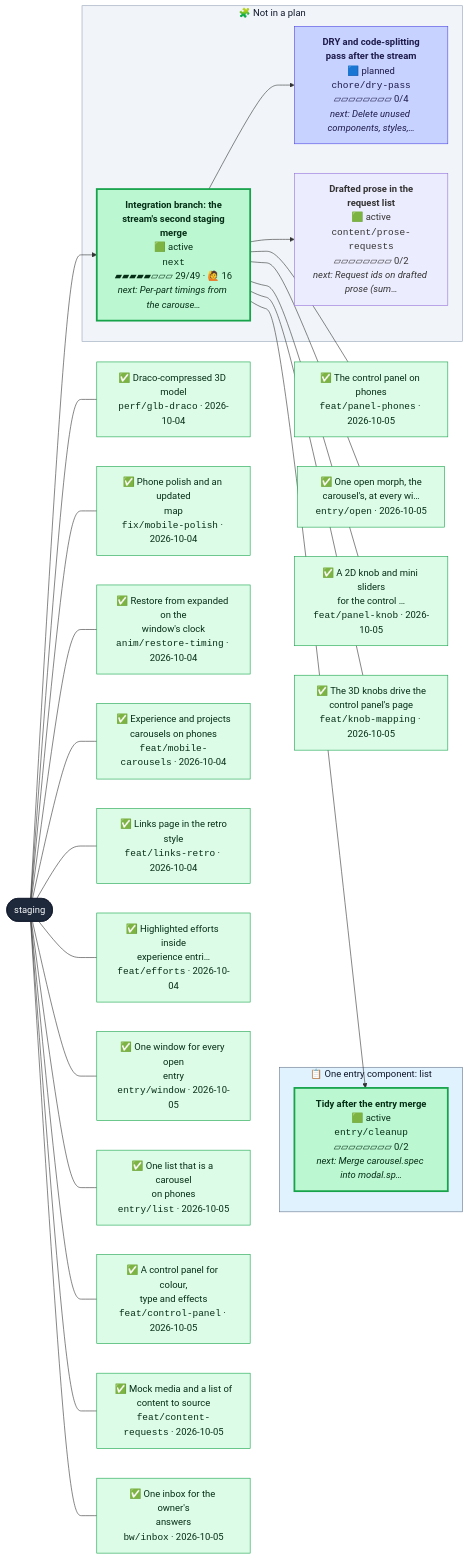
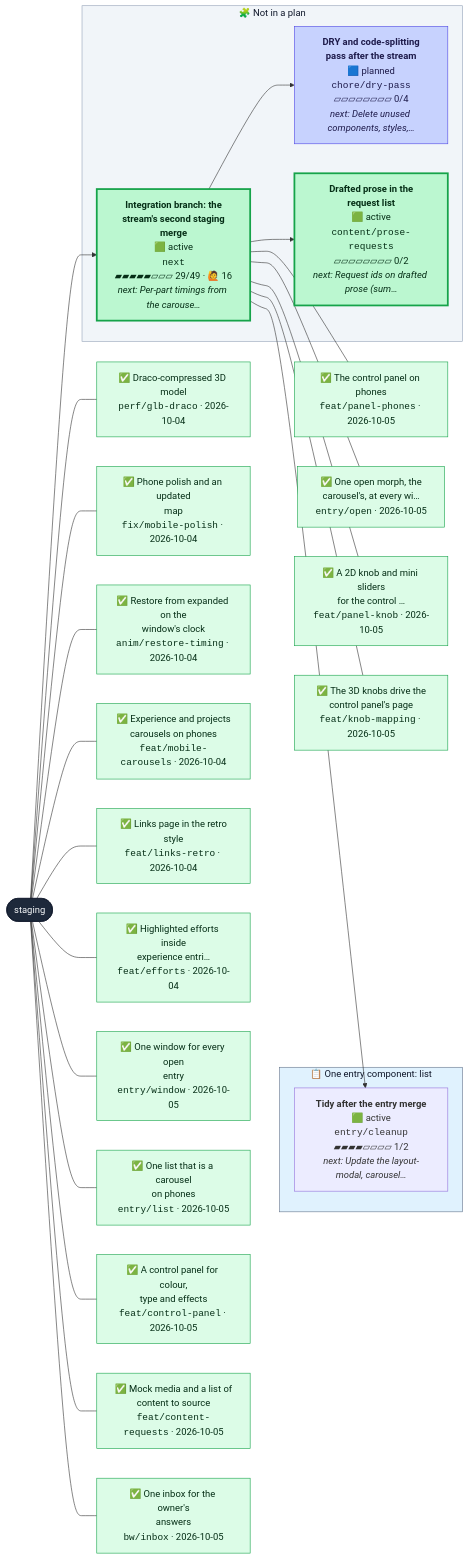
One commit to henryjonescodes/portfolio changed the second of 2 diagrams in CONTRIBUTING.md. Above: the diagram before and after it, drawn with Mermaid. The commit also changed other lines of this file and 3 other files, not shown here.

````diff
--- a/CONTRIBUTING.md
+++ b/CONTRIBUTING.md
@@ -75,77 +72,77 @@
 ```mermaid
 flowchart LR
   n_staging([staging])
   class n_staging trunk
   subgraph plan_0["📋 One entry component: list"]
-    n_entry_cleanup["<b>Tidy after the entry merge</b><br/>🟩 active<br/><code>entry/cleanup</code><br/>▱▱▱▱▱▱▱▱ 0/2<br/><i>next: Merge carousel.spec into modal.sp…</i>"]
-    class n_entry_cleanup active
+    n_entry_cleanup["<b>Tidy after the entry merge</b><br/>🟩 active<br/><code>entry/cleanup</code><br/>▰▰▰▰▱▱▱▱ 1/2<br/><i>next: Update the layout-modal, carousel…</i>"]
+    class n_entry_cleanup active,current
   end
   style plan_0 fill:#e0f2fe,stroke:#64748b,color:#0f172a
   subgraph loose["🧩 Not in a plan"]
     n_chore_dry_pass["<b>DRY and code-splitting<br/>pass after the stream</b><br/>🟦 planned<br/><code>chore/dry-pass</code><br/>▱▱▱▱▱▱▱▱ 0/4<br/><i>next: Delete unused components, styles,…</i>"]
     class n_chore_dry_pass planned
     n_content_prose_requests["<b>Drafted prose in the<br/>request list</b><br/>🟩 active<br/><code>content/prose-requests</code><br/>▱▱▱▱▱▱▱▱ 0/2<br/><i>next: Request ids on drafted prose (sum…</i>"]
-    class n_content_prose_requests active,current
+    class n_content_prose_requests active
     n_next["<b>Integration branch: the<br/>stream's second staging<br/>merge</b><br/>🟩 active<br/><code>next</code><br/>▰▰▰▰▰▱▱▱ 29/49 · 🙋 16<br/><i>next: Per-part timings from the carouse…</i>"]
     class n_next active
   end
   style loose fill:#f1f5f9,stroke:#94a3b8,color:#0f172a
   n_next --> n_chore_dry_pass
   n_next --> n_content_prose_requests
   n_next --> n_entry_cleanup
   n_staging --> n_next
   landed_0["✅ Draco-compressed 3D model<br/><code>perf/glb-draco</code> · 2026-10-04"]
   class landed_0 merged
   n_staging --- landed_0
   landed_1["✅ Phone polish and an updated<br/>map<br/><code>fix/mobile-polish</code> · 2026-10-04"]
   class landed_1 merged
   n_staging --- landed_1
   landed_2["✅ Restore from expanded on the<br/>window's clock<br/><code>anim/restore-timing</code> · 2026-10-04"]
   class landed_2 merged
   n_staging --- landed_2
   landed_3["✅ Experience and projects<br/>carousels on phones<br/><code>feat/mobile-carousels</code> · 2026-10-04"]
   class landed_3 merged
   n_staging --- landed_3
   landed_4["✅ Links page in the retro<br/>style<br/><code>feat/links-retro</code> · 2026-10-04"]
   class landed_4 merged
   n_staging --- landed_4
   landed_5["✅ Highlighted efforts inside<br/>experience entri…<br/><code>feat/efforts</code> · 2026-10-04"]
   class landed_5 merged
   n_staging --- landed_5
   landed_6["✅ One window for every open<br/>entry<br/><code>entry/window</code> · 2026-10-05"]
   class landed_6 merged
   n_staging --- landed_6
   landed_7["✅ One list that is a carousel<br/>on phones<br/><code>entry/list</code> · 2026-10-05"]
   class landed_7 merged
   n_staging --- landed_7
   landed_8["✅ A control panel for colour,<br/>type and effects<br/><code>feat/control-panel</code> · 2026-10-05"]
   class landed_8 merged
   n_staging --- landed_8
   landed_9["✅ Mock media and a list of<br/>content to source<br/><code>feat/content-requests</code> · 2026-10-05"]
   class landed_9 merged
   n_staging --- landed_9
   landed_10["✅ One inbox for the owner's<br/>answers<br/><code>bw/inbox</code> · 2026-10-05"]
   class landed_10 merged
   n_staging --- landed_10
   landed_11["✅ The control panel on phones<br/><code>feat/panel-phones</code> · 2026-10-05"]
   class landed_11 merged
   n_next --- landed_11
   landed_12["✅ One open morph, the<br/>carousel's, at every wi…<br/><code>entry/open</code> · 2026-10-05"]
   class landed_12 merged
   n_next --- landed_12
   landed_13["✅ A 2D knob and mini sliders<br/>for the control …<br/><code>feat/panel-knob</code> · 2026-10-05"]
   class landed_13 merged
   n_next --- landed_13
   landed_14["✅ The 3D knobs drive the<br/>control panel's page<br/><code>feat/knob-mapping</code> · 2026-10-05"]
   class landed_14 merged
   n_next --- landed_14
   classDef merged fill:#dcfce7,stroke:#16a34a,color:#052e16
   classDef todo fill:#ffffff,stroke:#94a3b8,stroke-dasharray:2 2,color:#334155
   classDef planned fill:#c7d2fe,stroke:#4f46e5,color:#1e1b4b
   classDef sketched fill:#f8fafc,stroke:#64748b,stroke-dasharray:4 3,color:#334155
   classDef active fill:#bbf7d0,stroke:#16a34a,stroke-width:3px,color:#052e16
   classDef review fill:#fde68a,stroke:#d97706,stroke-width:3px,color:#451a03
   classDef blocked fill:#fecaca,stroke:#dc2626,stroke-width:3px,color:#450a0a
   classDef trunk fill:#1e293b,stroke:#0f172a,color:#f8fafc
   classDef current stroke:#0ea5e9,stroke-width:5px
 ```
````
